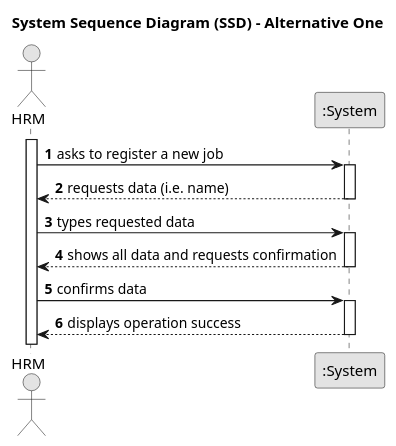
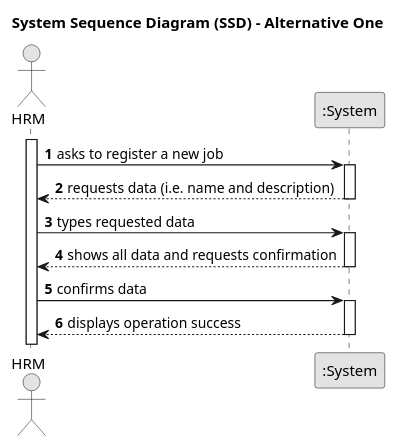
One commit to daniel41silva05/ISEP_2023_2024_LAPR2 changed the diagram in docs/sprintA&B/us002/01.requirements-engineering/puml/us002-system-sequence-diagram-alternative-one.puml. Above: the diagram before and after it, drawn with PlantUML. The commit also changed 10 other files, not shown here.

```diff
--- a/docs/sprintA&B/us002/01.requirements-engineering/puml/us002-system-sequence-diagram-alternative-one.puml
+++ b/docs/sprintA&B/us002/01.requirements-engineering/puml/us002-system-sequence-diagram-alternative-one.puml
@@ -1,34 +1,34 @@
 @startuml
 skinparam monochrome true
 skinparam packageStyle rectangle
 skinparam shadowing false
 
 title System Sequence Diagram (SSD) - Alternative One
 
 autonumber
 
 actor "HRM" as HRM
 participant ":System" as System
 
 activate HRM
 
     HRM -> System : asks to register a new job
     activate System
 
-        System --> HRM : requests data (i.e. name)
+        System --> HRM : requests data (i.e. name and description)
     deactivate System
 
     HRM -> System : types requested data
     activate System
 
 
         System --> HRM : shows all data and requests confirmation
     deactivate System
 
     HRM -> System : confirms data
     activate System
 
         System --> HRM : displays operation success
     deactivate System
 
 @enduml
```
